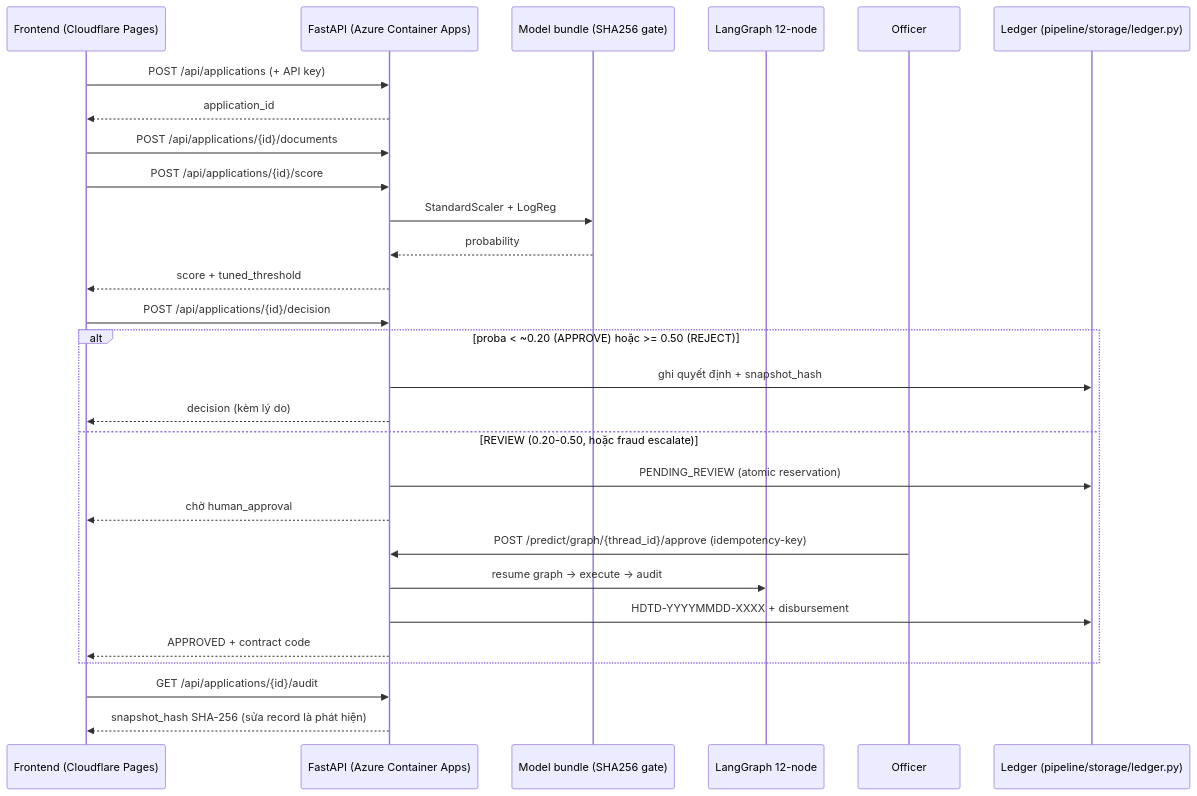
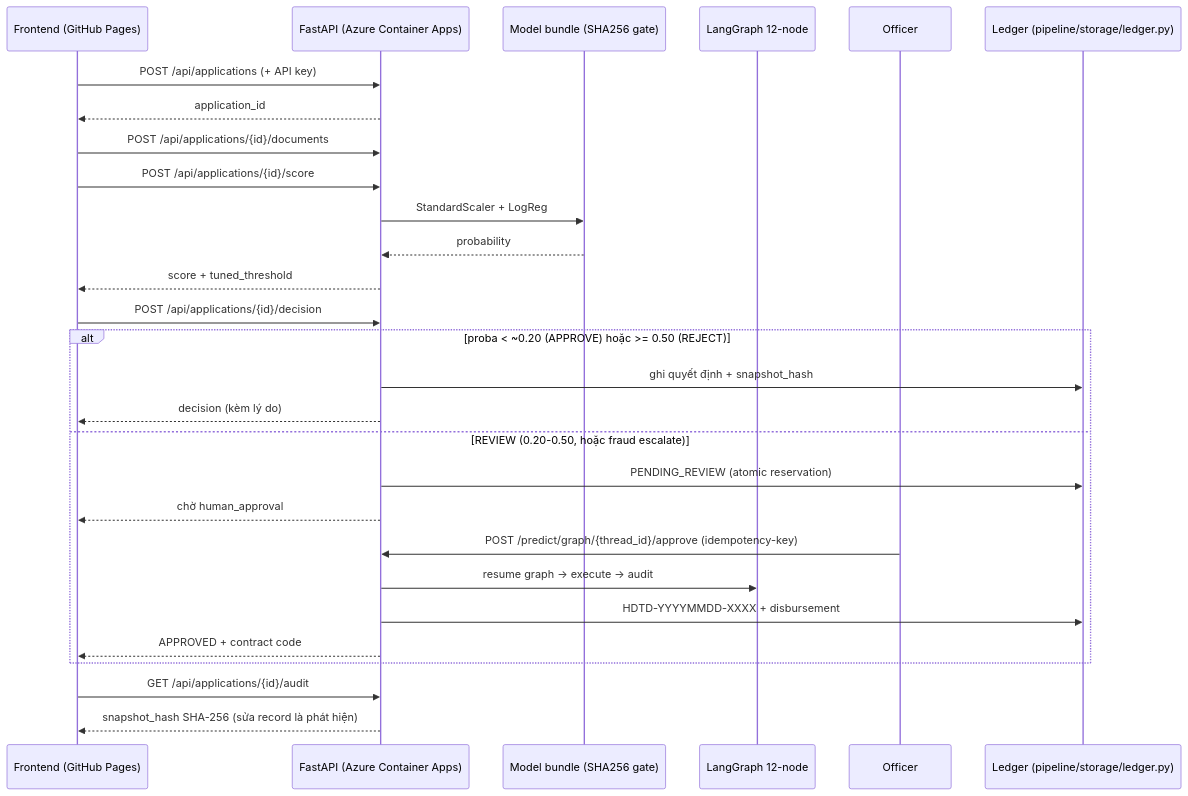
The third of 4 diagrams in docs/architecture.md (imtarget05/CreditFlow), drawn with Mermaid before and after one commit. The commit also changed other lines of this file and 6 other files, not shown here.

First line of the commit message:
fix(agent): memoize checkpoint encoder and cut the frontend origin to GitHub Pages

````diff
--- a/docs/architecture.md
+++ b/docs/architecture.md
@@ -124,31 +124,31 @@
 ```mermaid
 sequenceDiagram
-    participant U as Frontend (Cloudflare Pages)
+    participant U as Frontend (GitHub Pages)
     participant A as FastAPI (Azure Container Apps)
     participant M as Model bundle (SHA256 gate)
     participant G as LangGraph 12-node
     participant O as Officer
     participant L as Ledger (pipeline/storage/ledger.py)
 
     U->>A: POST /api/applications (+ API key)
     A-->>U: application_id
     U->>A: POST /api/applications/{id}/documents
     U->>A: POST /api/applications/{id}/score
     A->>M: StandardScaler + LogReg
     M-->>A: probability
     A-->>U: score + tuned_threshold
     U->>A: POST /api/applications/{id}/decision
     alt proba < ~0.20 (APPROVE) hoặc >= 0.50 (REJECT)
         A->>L: ghi quyết định + snapshot_hash
         A-->>U: decision (kèm lý do)
     else REVIEW (0.20-0.50, hoặc fraud escalate)
         A->>L: PENDING_REVIEW (atomic reservation)
         A-->>U: chờ human_approval
         O->>A: POST /predict/graph/{thread_id}/approve (idempotency-key)
         A->>G: resume graph → execute → audit
         A->>L: HDTD-YYYYMMDD-XXXX + disbursement
         A-->>U: APPROVED + contract code
     end
     U->>A: GET /api/applications/{id}/audit
     A-->>U: snapshot_hash SHA-256 (sửa record là phát hiện)
 ```
````
